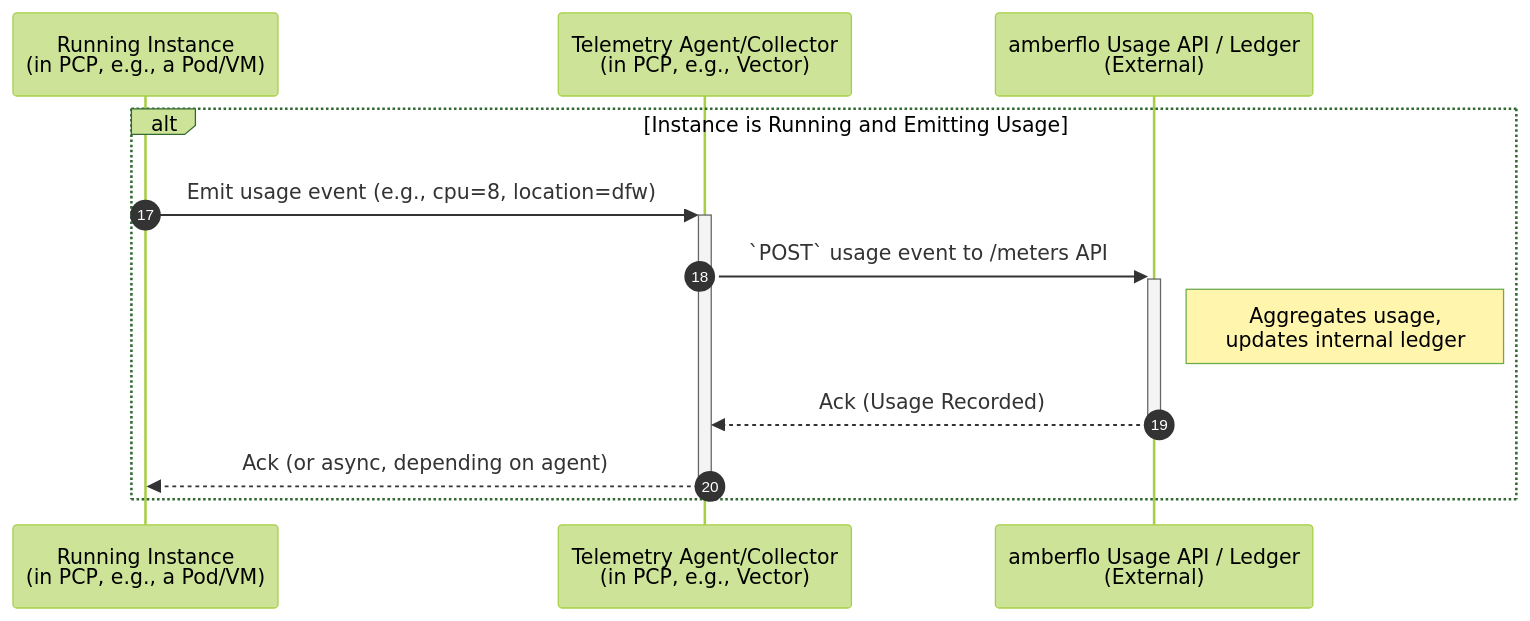
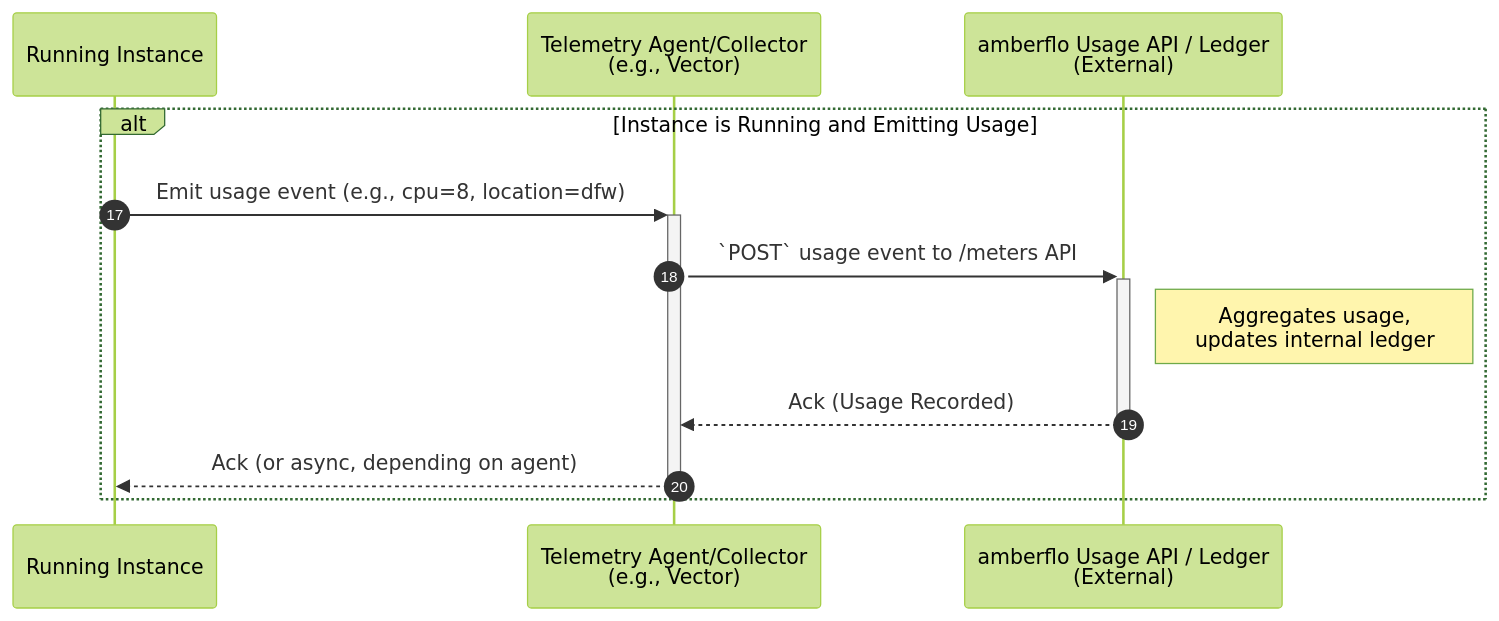
Before and after one commit to datum-cloud/enhancements: the eighth of 9 diagrams in enhancements/platform/quota-management/README.md, drawn with Mermaid (forest theme). The commit also changed other lines of this file, not shown here.

Commit message:
enh(quota): removes MCP and PCP references

````diff
--- a/enhancements/platform/quota-management/README.md
+++ b/enhancements/platform/quota-management/README.md
@@ -1771,17 +1764,17 @@
 ```mermaid
 %% Sequence Diagram - Telemetry & Metering Flow (Post-Provisioning if Granted)
 sequenceDiagram
     autonumber 17
 
-    participant RunningInstancePCP as Running Instance <br> (in PCP, e.g., a Pod/VM)
-    participant TelemetryAgentPCP as Telemetry Agent/Collector <br> (in PCP, e.g., Vector)
+    participant RunningInstancePCP as Running Instance
+    participant TelemetryAgentPCP as Telemetry Agent/Collector <br> (e.g., Vector)
     participant AmberfloAPI as amberflo Usage API / Ledger <br> (External)
 
     alt Instance is Running and Emitting Usage
         RunningInstancePCP->>+TelemetryAgentPCP: Emit usage event (e.g., cpu=8, location=dfw)
         TelemetryAgentPCP->>+AmberfloAPI: `POST` usage event to /meters API
         note right of AmberfloAPI: Aggregates usage, <br> updates internal ledger
         AmberfloAPI-->>-TelemetryAgentPCP: Ack (Usage Recorded)
         TelemetryAgentPCP-->>-RunningInstancePCP: Ack (or async, depending on agent)
     end
 ```
````
